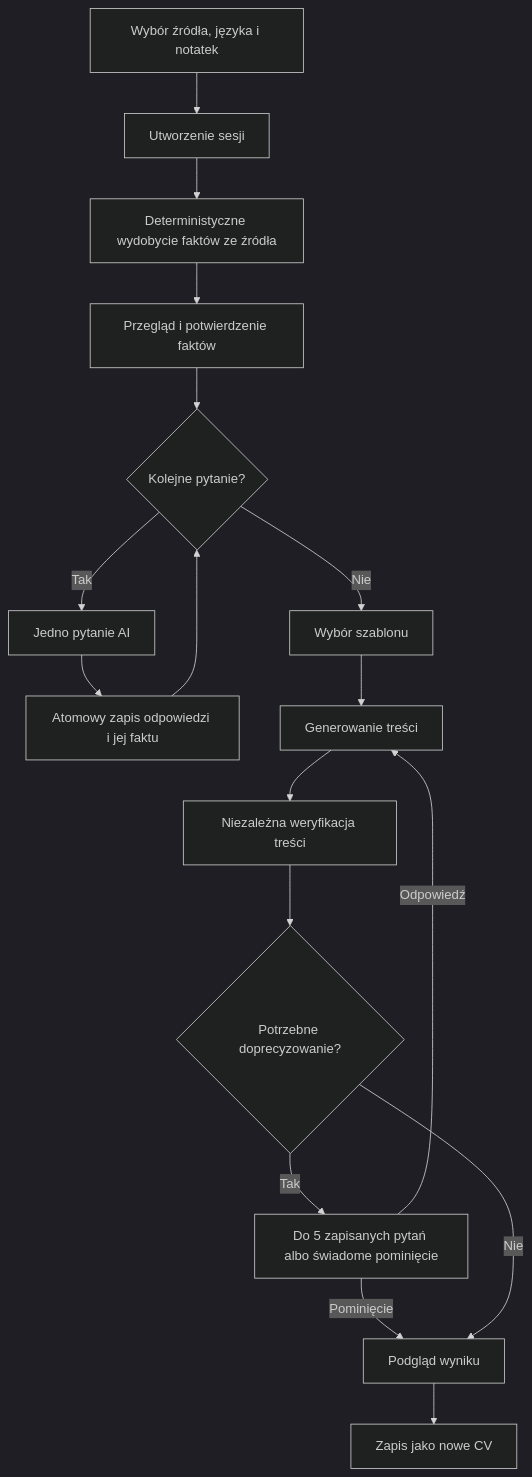
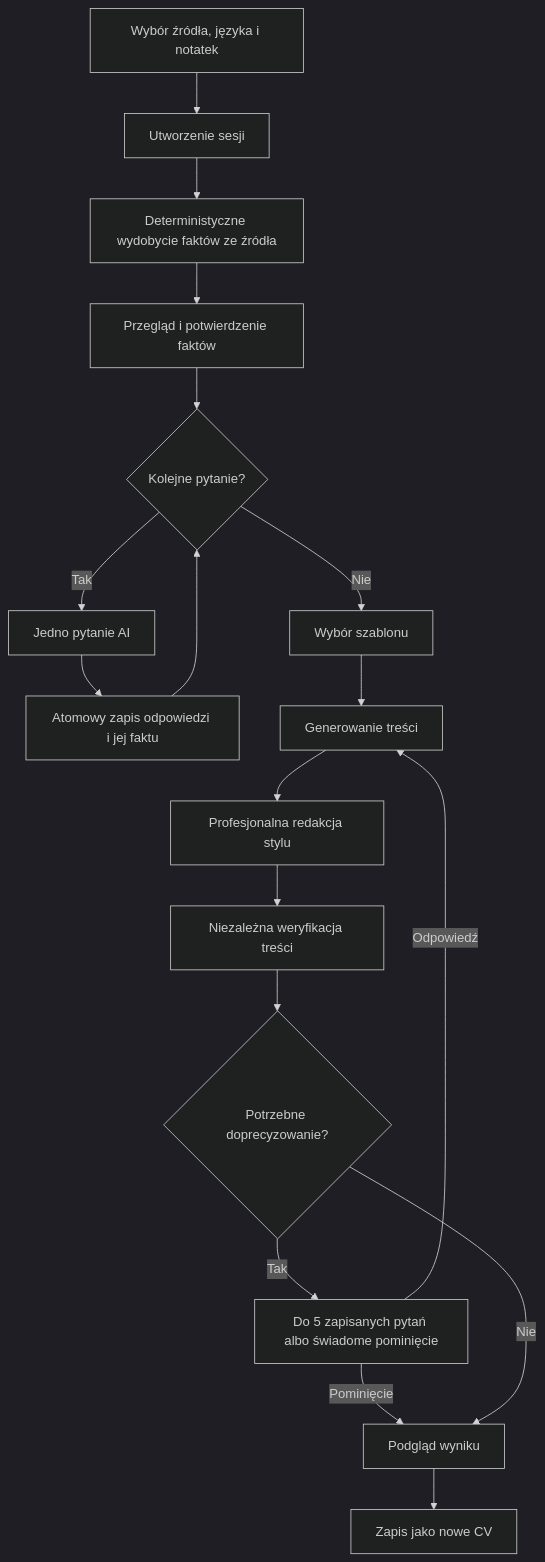
One commit to kamilwrz/pdf-generator changed the diagram in docs/WYWIAD_JAK_DZIALA.md. Above: the diagram before and after it, drawn with Mermaid (dark theme). The commit also changed other lines of this file and 22 other files, not shown here.

````diff
--- a/docs/WYWIAD_JAK_DZIALA.md
+++ b/docs/WYWIAD_JAK_DZIALA.md
@@ -48,19 +48,20 @@
 ```mermaid
 flowchart TD
     A[Wybór źródła, języka i notatek] --> B[Utworzenie sesji]
     B --> C[Deterministyczne wydobycie faktów ze źródła]
     C --> D[Przegląd i potwierdzenie faktów]
     D --> E{Kolejne pytanie?}
     E -->|Tak| F[Jedno pytanie AI]
     F --> G[Atomowy zapis odpowiedzi i jej faktu]
     G --> E
     E -->|Nie| I[Wybór szablonu]
     I --> J[Generowanie treści]
-    J --> K[Niezależna weryfikacja treści]
+    J --> RED[Profesjonalna redakcja stylu]
+    RED --> K[Niezależna weryfikacja treści]
     K --> L{Potrzebne doprecyzowanie?}
     L -->|Tak| M[Do 5 zapisanych pytań albo świadome pominięcie]
     M -->|Odpowiedź| J
     M -->|Pominięcie| N
     L -->|Nie| N[Podgląd wyniku]
     N --> O[Zapis jako nowe CV]
 ```
````
